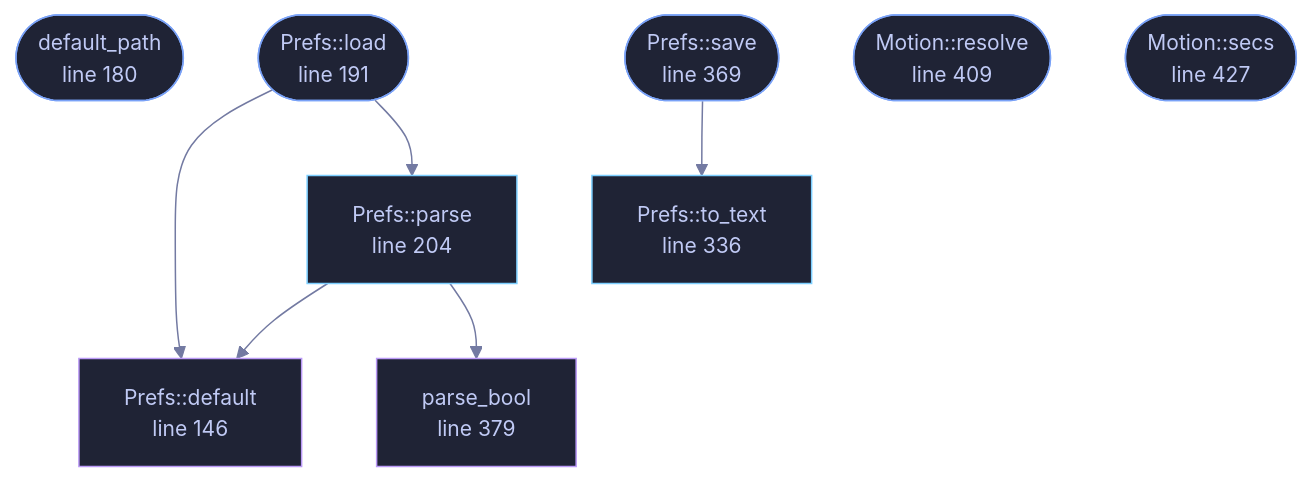
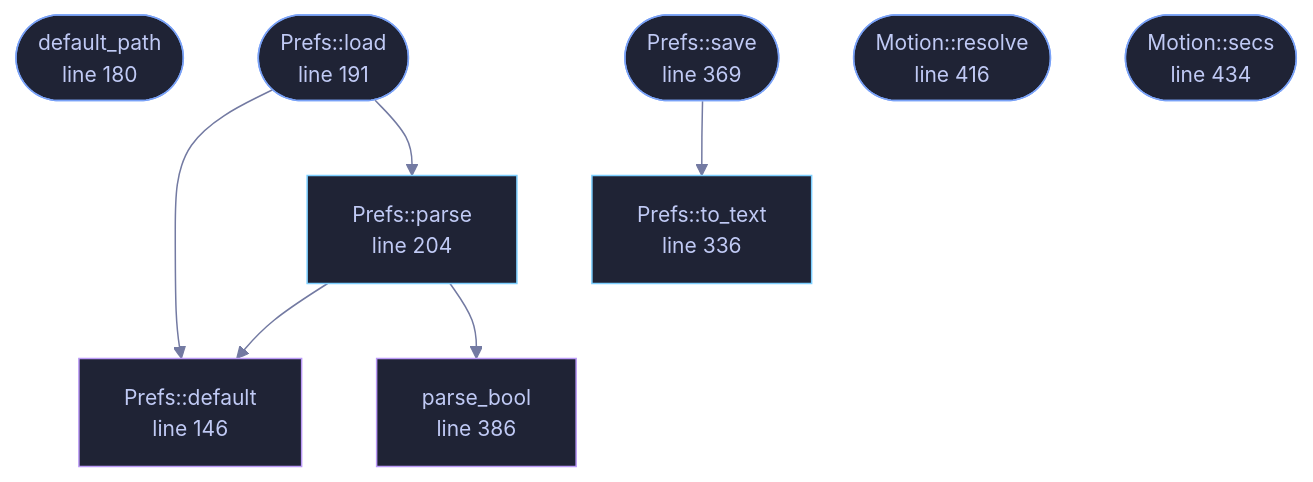
Before and after one commit to tilas01/veilvoice: the diagram in wiki/File-veilvoice-gui-prefs.md, drawn with Mermaid. The commit also changed other lines of this file and 40 other files, not shown here.

````diff
--- a/wiki/File-veilvoice-gui-prefs.md
+++ b/wiki/File-veilvoice-gui-prefs.md
@@ -94,33 +94,33 @@
 ```mermaid
 %%{init: {"theme":"base","themeVariables":{"background":"#1a1b26","primaryColor":"#1f2335","primaryTextColor":"#c0caf5","primaryBorderColor":"#7aa2f7","secondaryColor":"#16161e","tertiaryColor":"#16161e","lineColor":"#737aa2","textColor":"#c0caf5","mainBkg":"#1f2335","nodeBorder":"#7aa2f7","clusterBkg":"#16161e","clusterBorder":"#2f3549","fontFamily":"ui-monospace, SFMono-Regular, Consolas, monospace","fontSize":"14px"}}}%%
 flowchart TD
     n_default["Prefs::default<br/>line 146"]
     n_default_path(["default_path<br/>line 180"])
     n_load(["Prefs::load<br/>line 191"])
     n_parse["Prefs::parse<br/>line 204"]
     n_to_text["Prefs::to_text<br/>line 336"]
     n_save(["Prefs::save<br/>line 369"])
-    n_parse_bool["parse_bool<br/>line 379"]
-    n_resolve(["Motion::resolve<br/>line 409"])
-    n_secs(["Motion::secs<br/>line 427"])
+    n_parse_bool["parse_bool<br/>line 386"]
+    n_resolve(["Motion::resolve<br/>line 416"])
+    n_secs(["Motion::secs<br/>line 434"])
     n_load --> n_default
     n_load --> n_parse
     n_parse --> n_default
     n_parse --> n_parse_bool
     n_save --> n_to_text
     click n_default href "https://github.com/tilas01/veilvoice/blob/main/crates/veilvoice-gui/src/prefs.rs#L146" "open the source"
     click n_default_path href "https://github.com/tilas01/veilvoice/blob/main/crates/veilvoice-gui/src/prefs.rs#L180" "open the source"
     click n_load href "https://github.com/tilas01/veilvoice/blob/main/crates/veilvoice-gui/src/prefs.rs#L191" "open the source"
     click n_parse href "https://github.com/tilas01/veilvoice/blob/main/crates/veilvoice-gui/src/prefs.rs#L204" "open the source"
     click n_to_text href "https://github.com/tilas01/veilvoice/blob/main/crates/veilvoice-gui/src/prefs.rs#L336" "open the source"
     click n_save href "https://github.com/tilas01/veilvoice/blob/main/crates/veilvoice-gui/src/prefs.rs#L369" "open the source"
-    click n_parse_bool href "https://github.com/tilas01/veilvoice/blob/main/crates/veilvoice-gui/src/prefs.rs#L379" "open the source"
-    click n_resolve href "https://github.com/tilas01/veilvoice/blob/main/crates/veilvoice-gui/src/prefs.rs#L409" "open the source"
-    click n_secs href "https://github.com/tilas01/veilvoice/blob/main/crates/veilvoice-gui/src/prefs.rs#L427" "open the source"
+    click n_parse_bool href "https://github.com/tilas01/veilvoice/blob/main/crates/veilvoice-gui/src/prefs.rs#L386" "open the source"
+    click n_resolve href "https://github.com/tilas01/veilvoice/blob/main/crates/veilvoice-gui/src/prefs.rs#L416" "open the source"
+    click n_secs href "https://github.com/tilas01/veilvoice/blob/main/crates/veilvoice-gui/src/prefs.rs#L434" "open the source"
     classDef entry fill:#1f2335,stroke:#7aa2f7,color:#c0caf5
     class n_default_path,n_load,n_save,n_resolve,n_secs entry
     classDef api fill:#1f2335,stroke:#7dcfff,color:#c0caf5
     class n_parse,n_to_text api
     classDef helper fill:#1f2335,stroke:#bb9af7,color:#c0caf5
     class n_default,n_parse_bool helper
 ```
````
